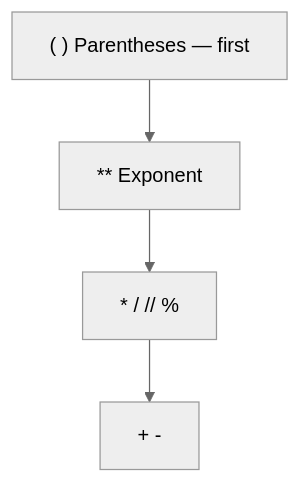
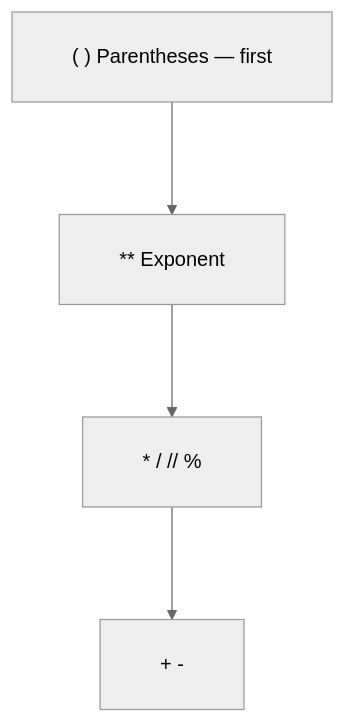
Before and after one commit to ABVenu/salcurriculum: the third of 7 diagrams in SAL-2026/Python Basics - English/S02/NotesPresentation.md, drawn with Mermaid (neutral theme). The commit also changed other lines of this file and 820 other files, not shown here.

````diff
--- a/SAL-2026/Python Basics - English/S02/NotesPresentation.md
+++ b/SAL-2026/Python Basics - English/S02/NotesPresentation.md
@@ -160,8 +292,9 @@
 ```mermaid
+%%{init: {"flowchart": {"htmlLabels": false, "curve": "basis", "padding": 24, "nodeSpacing": 80, "rankSpacing": 90, "diagramPadding": 48}}}%%
 flowchart TB
-    P["( ) Parentheses — first"]
-    E["** Exponent"]
-    MD["* / // %"]
-    AS["+ -"]
+    P["  ( ) Parentheses — first  "]
+    E["  ** Exponent  "]
+    MD["  * / // %  "]
+    AS["  + -  "]
     P --> E --> MD --> AS
 ```
````
